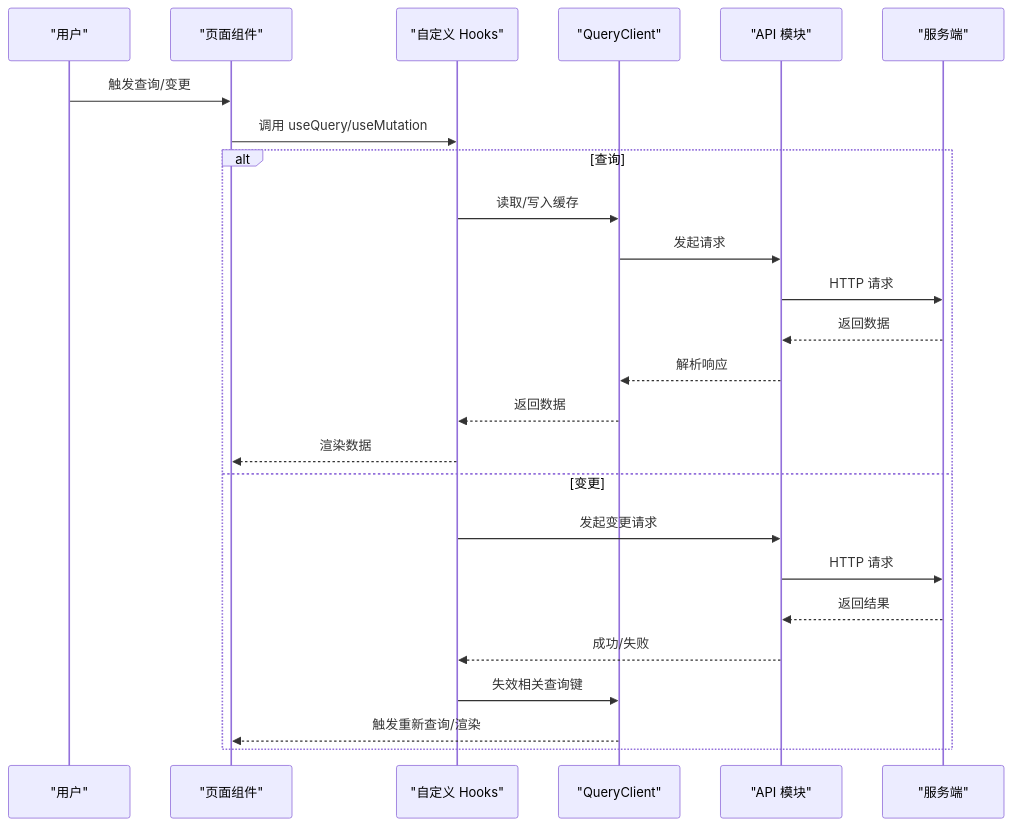
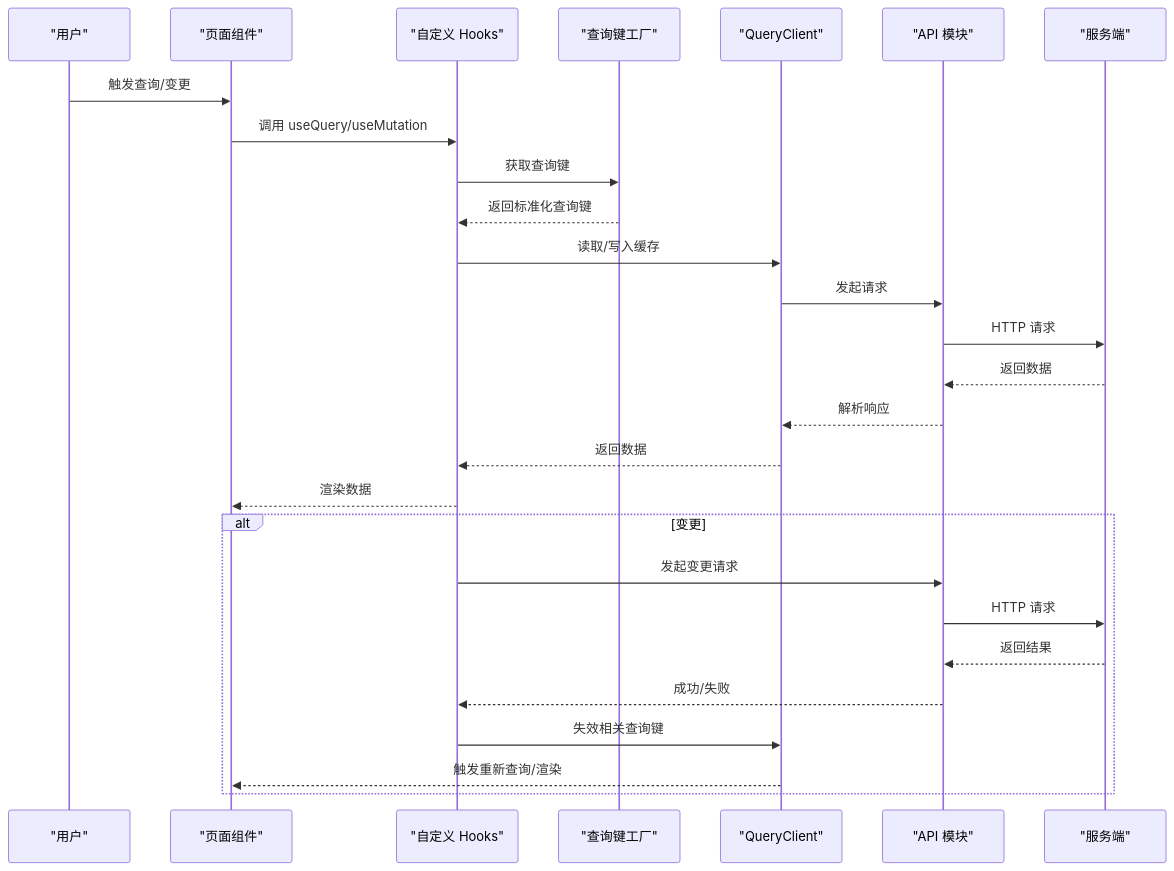
Before and after one commit to gujialind/InvestRing: the second of 5 diagrams in .qoder/repowiki/zh/content/前端应用架构/状态管理策略/React Query 集成.md, drawn with Mermaid. The commit also changed other lines of this file and 32 other files, not shown here.

````diff
--- a/.qoder/repowiki/zh/content/前端应用架构/状态管理策略/React Query 集成.md
+++ b/.qoder/repowiki/zh/content/前端应用架构/状态管理策略/React Query 集成.md
@@ -101,27 +121,29 @@
 ```mermaid
 sequenceDiagram
 participant U as "用户"
 participant Page as "页面组件"
 participant Hook as "自定义 Hooks"
+participant QK as "查询键工厂"
 participant QC as "QueryClient"
 participant API as "API 模块"
 participant S as "服务端"
 U->>Page : 触发查询/变更
 Page->>Hook : 调用 useQuery/useMutation
-alt 查询
+Hook->>QK : 获取查询键
+QK-->>Hook : 返回标准化查询键
 Hook->>QC : 读取/写入缓存
 QC->>API : 发起请求
 API->>S : HTTP 请求
 S-->>API : 返回数据
 API-->>QC : 解析响应
 QC-->>Hook : 返回数据
 Hook-->>Page : 渲染数据
-else 变更
+alt 变更
 Hook->>API : 发起变更请求
 API->>S : HTTP 请求
 S-->>API : 返回结果
 API-->>Hook : 成功/失败
 Hook->>QC : 失效相关查询键
 QC-->>Page : 触发重新查询/渲染
 end
 ```
````
